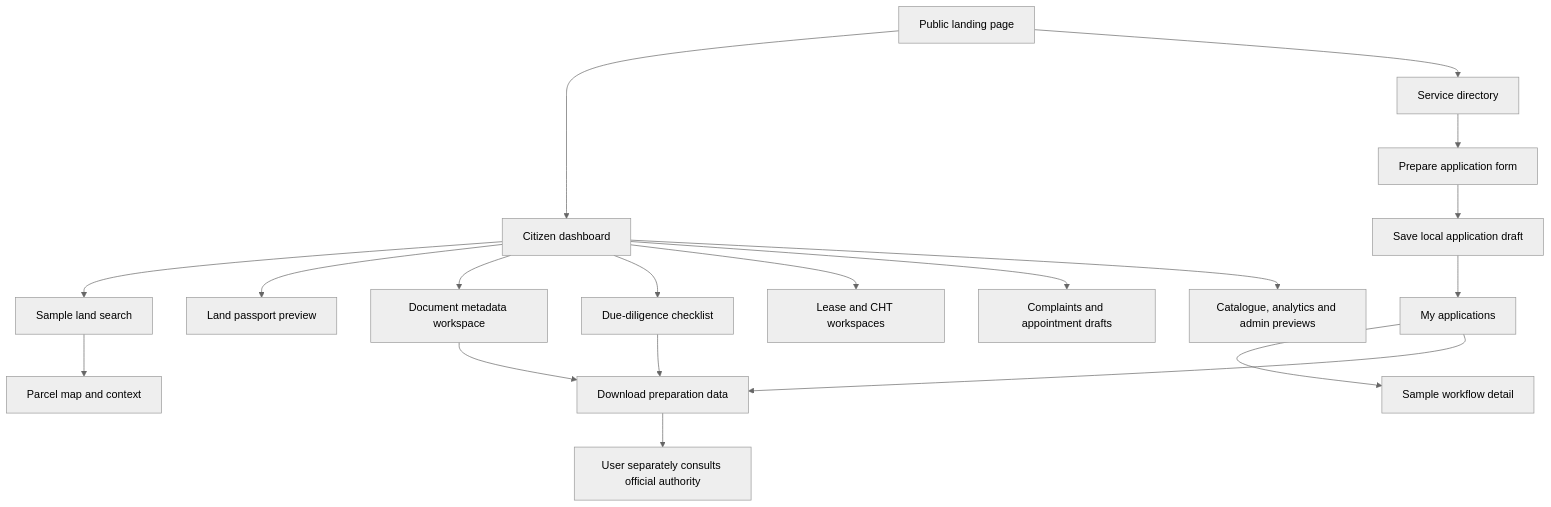
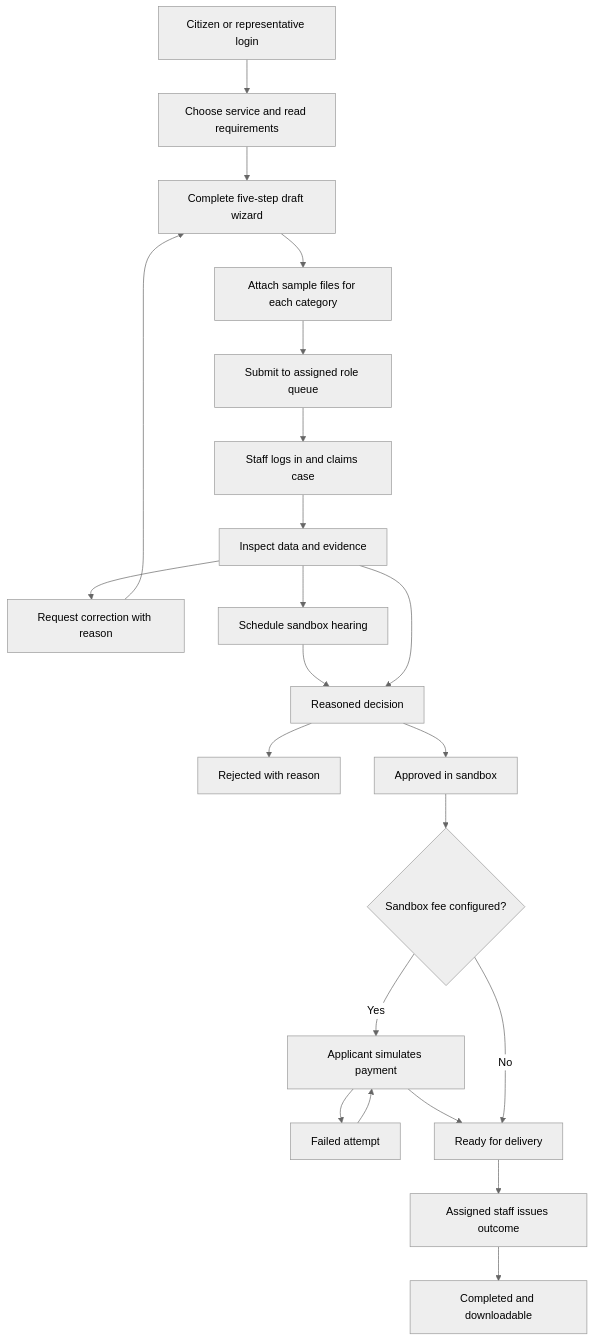
One commit to Shreyalien/E-Bhumi changed the first of 2 diagrams in README.md. Above: the diagram before and after it, drawn with Mermaid (neutral theme). The commit also changed other lines of this file and 46 other files, not shown here.

Commit message:
Upgrade to e-Bhumi Role Platform v4: 33 service workflows, 10 role portals, and server-backed verification

````diff
--- a/README.md
+++ b/README.md
@@ -150,21 +119,24 @@
 ```mermaid
 flowchart TD
-    Landing[Public landing page] --> Dashboard[Citizen dashboard]
-    Landing --> Services[Service directory]
-    Dashboard --> Search[Sample land search]
-    Search --> GIS[Parcel map and context]
-    Dashboard --> Land[Land passport preview]
-    Services --> Form[Prepare application form]
-    Form --> Draft[Save local application draft]
-    Draft --> Applications[My applications]
-    Applications --> Detail[Sample workflow detail]
-    Dashboard --> Documents[Document metadata workspace]
-    Dashboard --> Review[Due-diligence checklist]
-    Dashboard --> Regional[Lease and CHT workspaces]
-    Dashboard --> Support[Complaints and appointment drafts]
-    Dashboard --> Tools[Catalogue, analytics and admin previews]
-    Review --> Export[Download preparation data]
-    Documents --> Export
-    Applications --> Export
-    Export --> Official[User separately consults official authority]
+    Login[Citizen or representative login] --> Service[Choose service and read requirements]
+    Service --> Draft[Complete five-step draft wizard]
+    Draft --> Evidence[Attach sample files for each category]
+    Evidence --> Submit[Submit to assigned role queue]
+    Submit --> Claim[Staff logs in and claims case]
+    Claim --> Review[Inspect data and evidence]
+    Review --> Correction[Request correction with reason]
+    Correction --> Draft
+    Review --> Hearing[Schedule sandbox hearing]
+    Hearing --> Decision[Reasoned decision]
+    Review --> Decision
+    Decision --> Reject[Rejected with reason]
+    Decision --> Approved[Approved in sandbox]
+    Approved --> Fee{Sandbox fee configured?}
+    Fee -->|Yes| Pay[Applicant simulates payment]
+    Pay --> Failed[Failed attempt]
+    Failed --> Pay
+    Pay --> Ready[Ready for delivery]
+    Fee -->|No| Ready
+    Ready --> Issue[Assigned staff issues outcome]
+    Issue --> Complete[Completed and downloadable]
 ```
````
